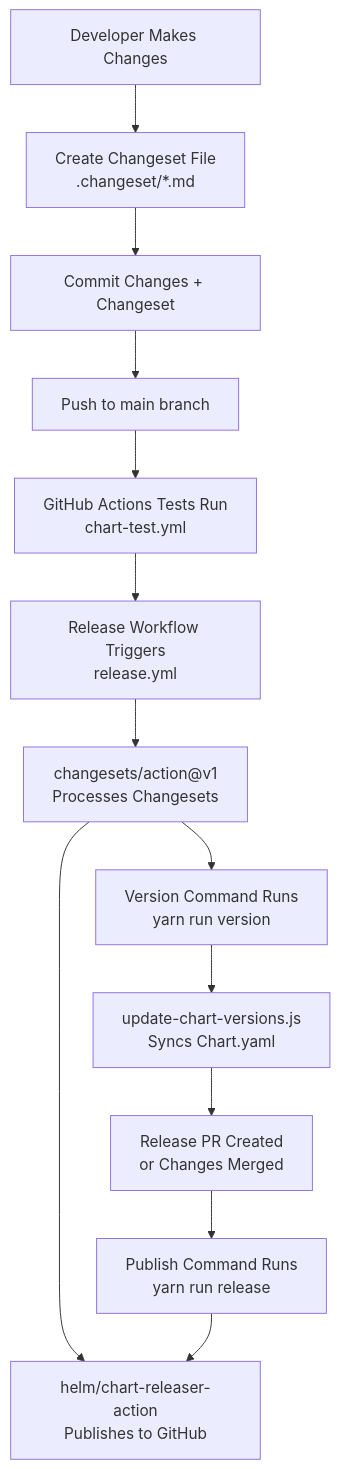
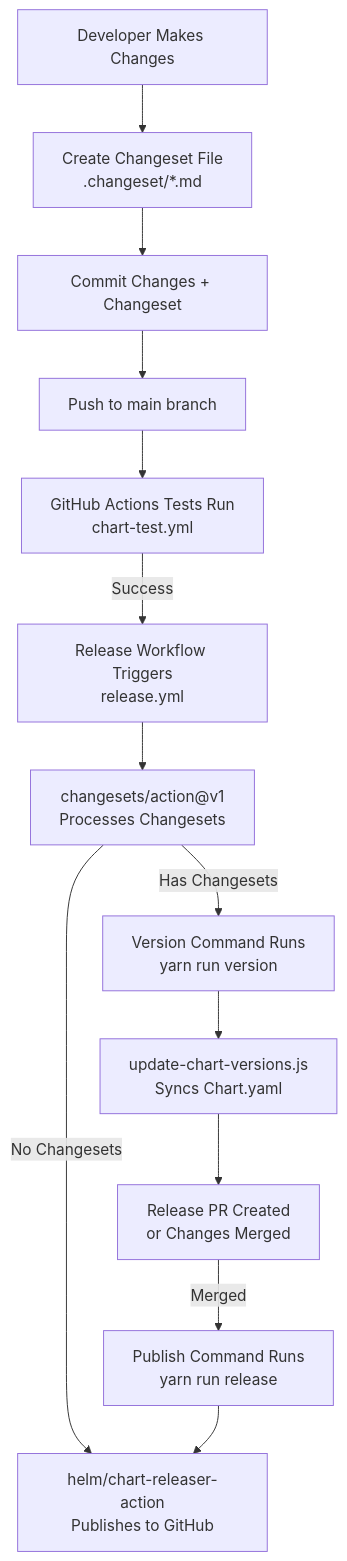
Before and after one commit to openchoreo/openchoreo: the first of 5 diagrams in docs/hyperdxio-helm-charts-docs/Release-Management.md, drawn with Mermaid. The commit also changed other lines of this file and 85 other files, not shown here.

Commit message:
feat: Add new workflow and specification templates, update Helm chart dependencies, and clarify documentation diagrams.

````diff
--- a/docs/hyperdxio-helm-charts-docs/Release-Management.md
+++ b/docs/hyperdxio-helm-charts-docs/Release-Management.md
@@ -48,29 +48,29 @@
 ```mermaid
 flowchart TD
 
 Dev["Developer Makes Changes"]
 CreateCS["Create Changeset File<br>.changeset/*.md"]
 Commit["Commit Changes + Changeset"]
 Push["Push to main branch"]
 Tests["GitHub Actions Tests Run<br>chart-test.yml"]
 Release["Release Workflow Triggers<br>release.yml"]
 Changesets["changesets/action@v1<br>Processes Changesets"]
 VersionBump["Version Command Runs<br>yarn run version"]
 UpdateScript["update-chart-versions.js<br>Syncs Chart.yaml"]
 PR["Release PR Created<br>or Changes Merged"]
 Publish["Publish Command Runs<br>yarn run release"]
 ChartReleaser["helm/chart-releaser-action<br>Publishes to GitHub"]
 
 Dev --> CreateCS
 CreateCS --> Commit
 Commit --> Push
 Push --> Tests
-Tests --> Release
+Tests -->|"Success"| Release
 Release --> Changesets
-Changesets --> VersionBump
+Changesets -->|"Has Changesets"| VersionBump
 VersionBump --> UpdateScript
 UpdateScript --> PR
-PR --> Publish
-Changesets --> ChartReleaser
+PR -->|"Merged"| Publish
+Changesets -->|"No Changesets"| ChartReleaser
 Publish --> ChartReleaser
 ```
````
